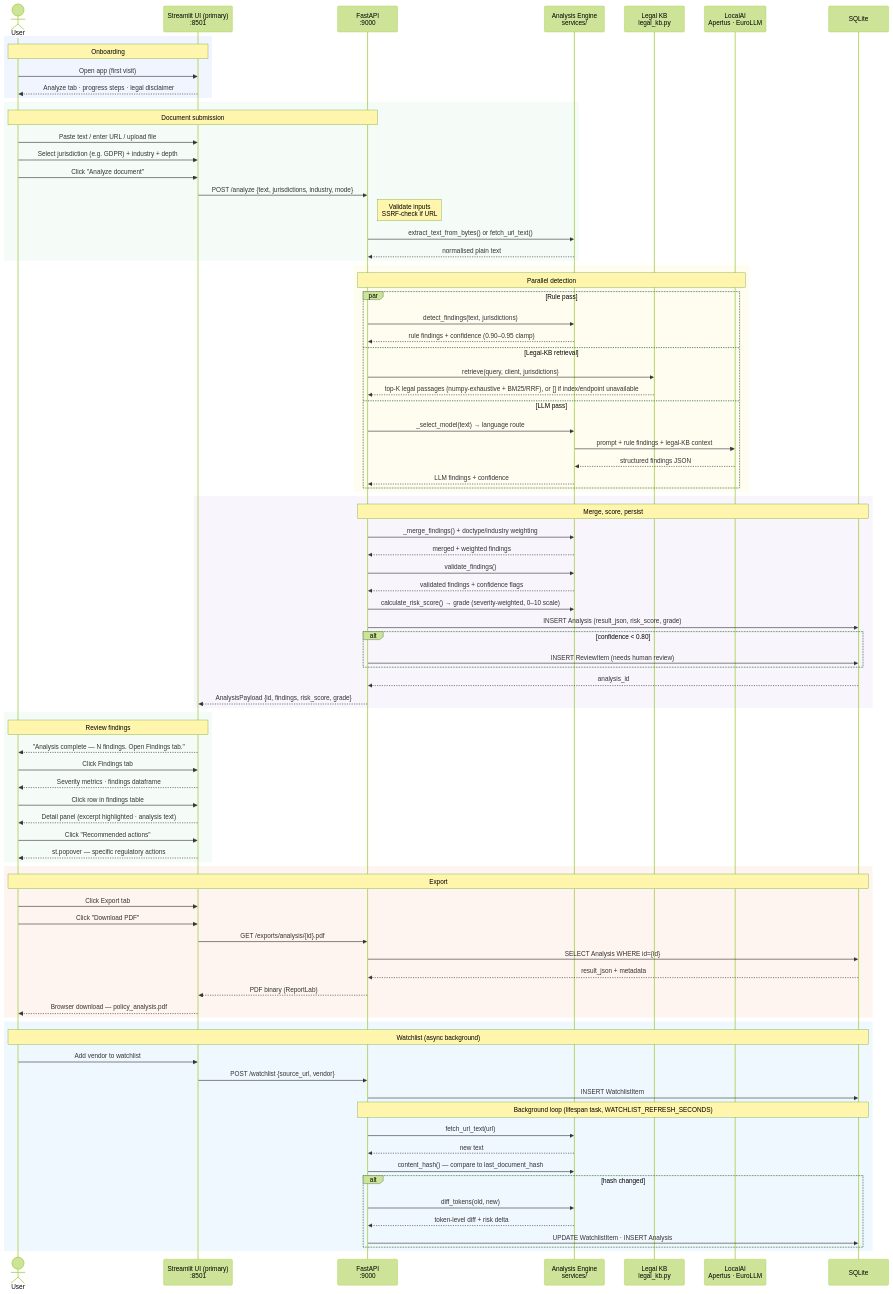
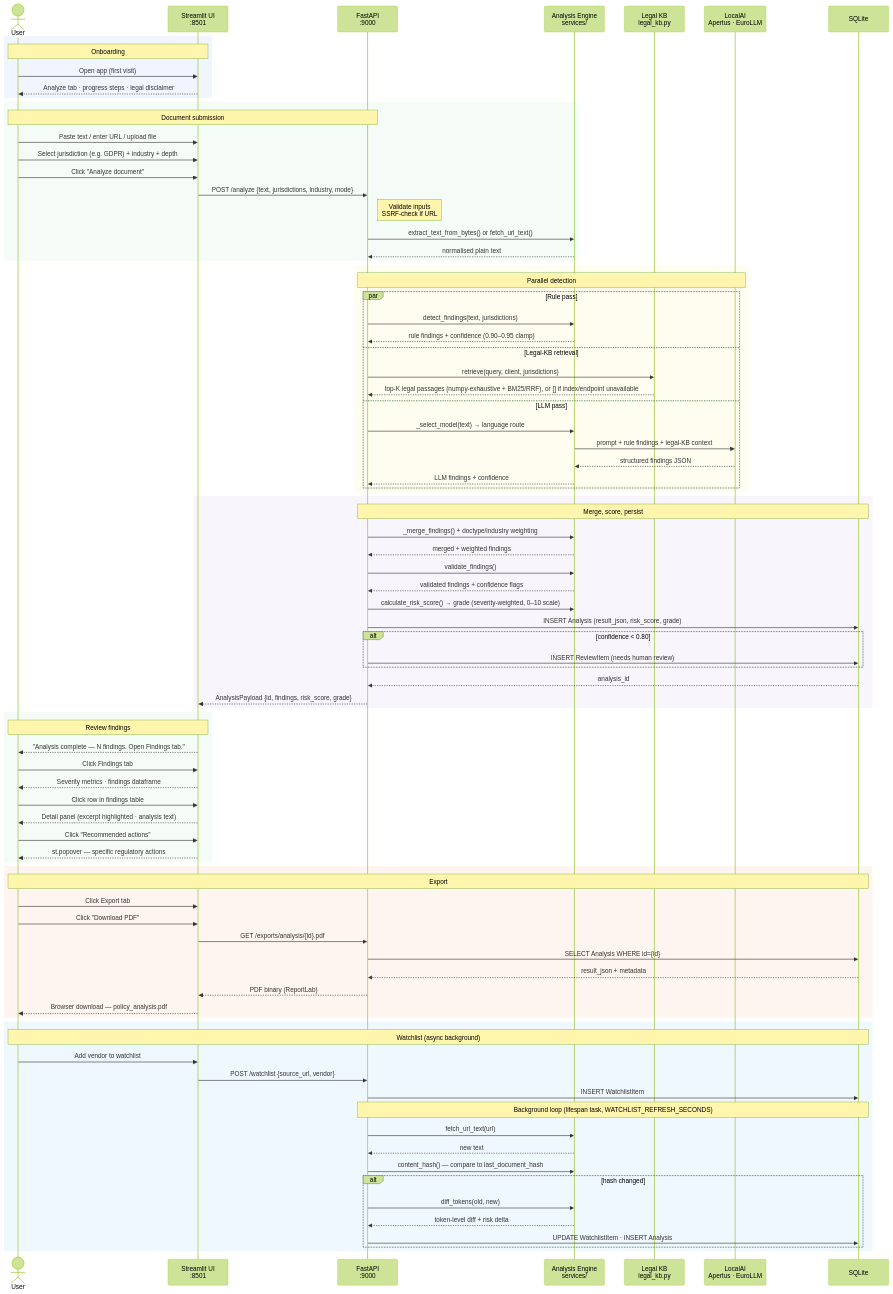
One commit to jennifer-mckinney/terms-analysis changed the fourth of 4 diagrams in docs/architecture-diagrams.md. Above: the diagram before and after it, drawn with Mermaid (forest theme). The commit also changed other lines of this file and 14 other files, not shown here.

````diff
--- a/docs/architecture-diagrams.md
+++ b/docs/architecture-diagrams.md
@@ -264,7 +256,7 @@
 ```mermaid
 sequenceDiagram
     actor User
-    participant UI   as Streamlit UI (primary)<br/>:8501
+    participant UI   as Streamlit UI<br/>:8501
     participant API  as FastAPI<br/>:9000
     participant SVC  as Analysis Engine<br/>services/
     participant LKB  as Legal KB<br/>legal_kb.py
````
